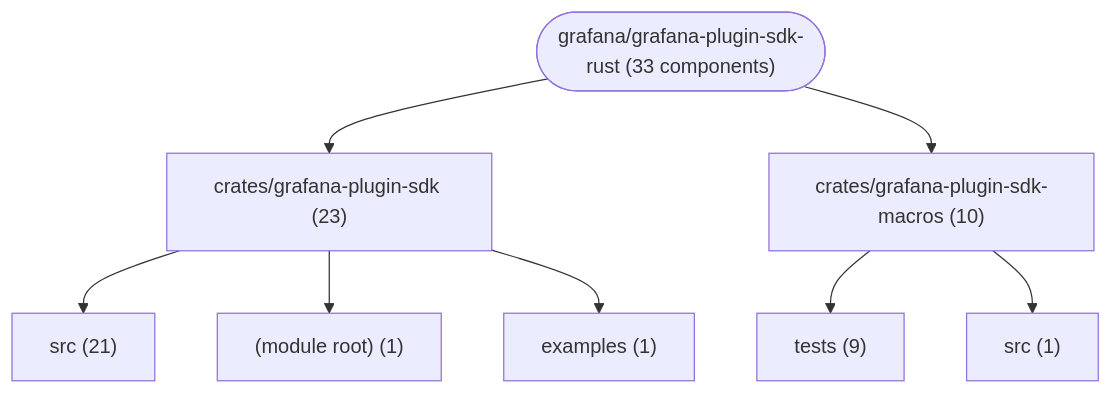
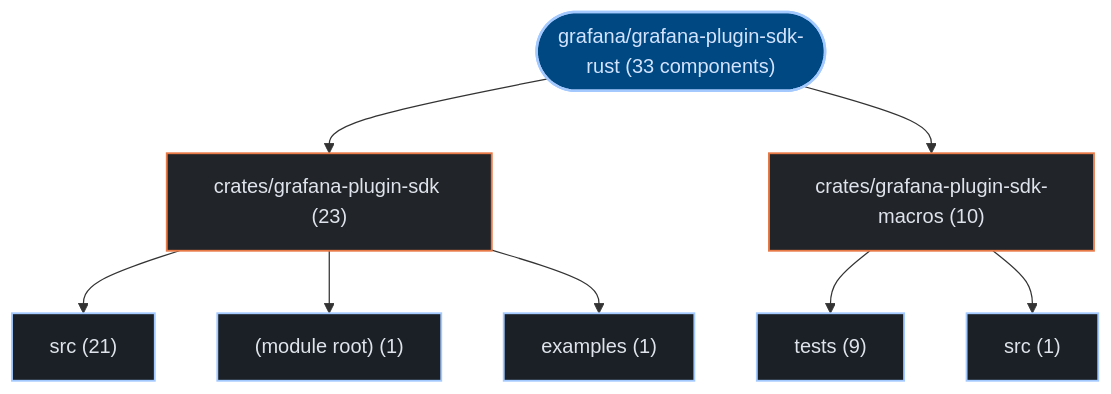
Before and after one commit to kumarshaz/atruss-code-atlas: the first of 2 diagrams in exports/latest/reports/grafana-grafana-plugin-sdk-rust-report.md, drawn with Mermaid. The commit also changed other lines of this file and 331 other files, not shown here.

Commit message:
docs,ui,fix: update SDLC docs, reorder CI/CD DAG first, stylize Mermaid, and fix Arc42 pipeline topology

````diff
--- a/exports/latest/reports/grafana-grafana-plugin-sdk-rust-report.md
+++ b/exports/latest/reports/grafana-grafana-plugin-sdk-rust-report.md
@@ -42,18 +42,25 @@
 ```mermaid
 graph TD;
-    repo_root(["grafana/grafana-plugin-sdk-rust (33 components)"])
-    dir_0_crates_grafana_plugin_sdk["crates/grafana-plugin-sdk (23)"]
+  classDef atlasRoot fill:#004882,stroke:#a3c9ff,stroke-width:2px,color:#d3e4ff
+  classDef atlasCategory fill:#212428,stroke:#E87A48,stroke-width:1.5px,color:#dfe3eb
+  classDef atlasWorkflow fill:#1b2026,stroke:#a3c9ff,stroke-width:1.5px,color:#dfe3eb
+  classDef atlasJob fill:#171c22,stroke:#8d9199,stroke-width:1px,color:#dfe3eb
+  classDef atlasTarget fill:#005227,stroke:#8bd99b,stroke-width:1.5px,color:#a7f6b6
+  classDef atlasAlert fill:#93000a,stroke:#ffb4ab,stroke-width:1.5px,color:#ffdad6
+  classDef atlasMore fill:#252a31,stroke:#8d9199,stroke-dasharray:4 4,color:#c3c6cf
+    repo_root(["grafana/grafana-plugin-sdk-rust (33 components)"]):::atlasRoot
+    dir_0_crates_grafana_plugin_sdk["crates/grafana-plugin-sdk (23)"]:::atlasCategory
     repo_root --> dir_0_crates_grafana_plugin_sdk
-    sub_0_0_src["src (21)"]
+    sub_0_0_src["src (21)"]:::atlasWorkflow
     dir_0_crates_grafana_plugin_sdk --> sub_0_0_src
-    sub_0_1__module_root_["(module root) (1)"]
+    sub_0_1__module_root_["(module root) (1)"]:::atlasWorkflow
     dir_0_crates_grafana_plugin_sdk --> sub_0_1__module_root_
-    sub_0_2_examples["examples (1)"]
+    sub_0_2_examples["examples (1)"]:::atlasWorkflow
     dir_0_crates_grafana_plugin_sdk --> sub_0_2_examples
-    dir_1_crates_grafana_plugin_sdk_macros["crates/grafana-plugin-sdk-macros (10)"]
+    dir_1_crates_grafana_plugin_sdk_macros["crates/grafana-plugin-sdk-macros (10)"]:::atlasCategory
     repo_root --> dir_1_crates_grafana_plugin_sdk_macros
-    sub_1_0_tests["tests (9)"]
+    sub_1_0_tests["tests (9)"]:::atlasWorkflow
     dir_1_crates_grafana_plugin_sdk_macros --> sub_1_0_tests
-    sub_1_1_src["src (1)"]
+    sub_1_1_src["src (1)"]:::atlasWorkflow
     dir_1_crates_grafana_plugin_sdk_macros --> sub_1_1_src
 ```
````
